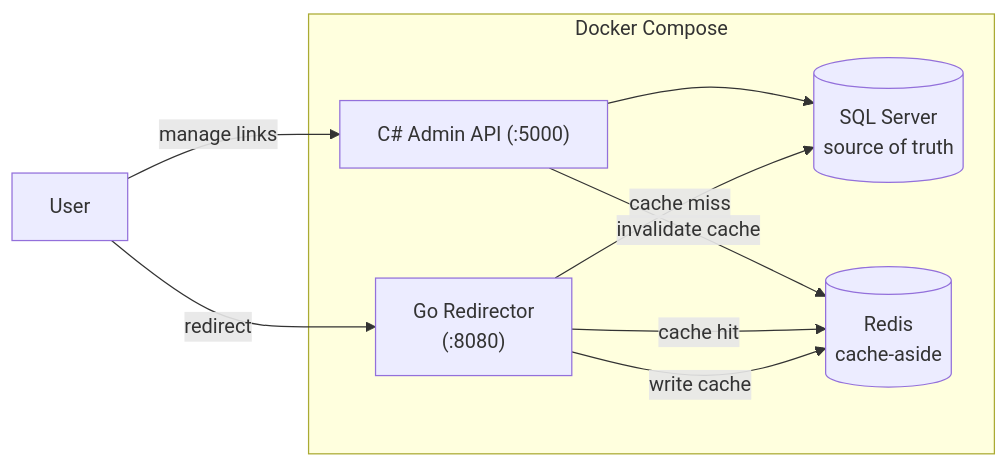
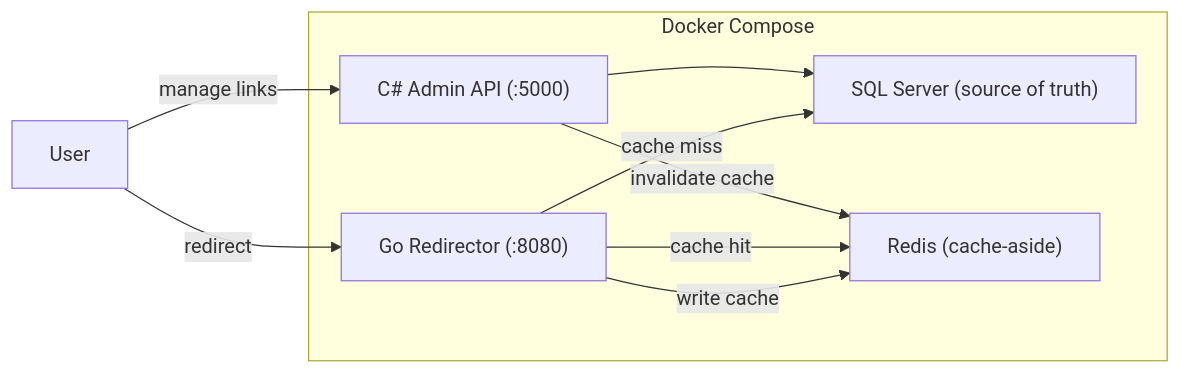
One commit to mohamedmahmoud345/ShortLink changed the first of 3 diagrams in README.md. Above: the diagram before and after it, drawn with Mermaid.

Commit message:
docs: fix formatting in Mermaid diagram for C# Admin API

````diff
--- a/README.md
+++ b/README.md
@@ -9,13 +9,13 @@
 ```mermaid
 graph LR
     U["User"] -->|"manage links"| C["C# Admin API (:5000)"]
-    U -->|"redirect"| G["Go Redirector<br/>(:8080)"]
+    U -->|"redirect"| G["Go Redirector (:8080)"]
 
-    subgraph Docker Compose
-        C --> S[("SQL Server<br/>source of truth")]
-        C -->|"invalidate cache"| R[("Redis<br/>cache-aside")]
+    subgraph "Docker Compose"
+        C --> S["SQL Server (source of truth)"]
+        C -->|"invalidate cache"| R["Redis (cache-aside)"]
         G -->|"cache hit"| R
         G -->|"cache miss"| S
         G -->|"write cache"| R
     end
 ```
````
